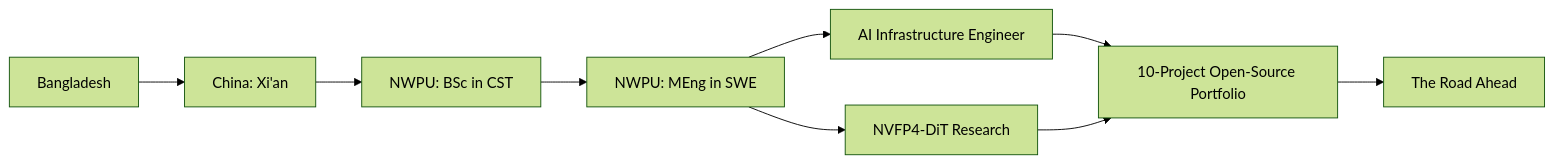
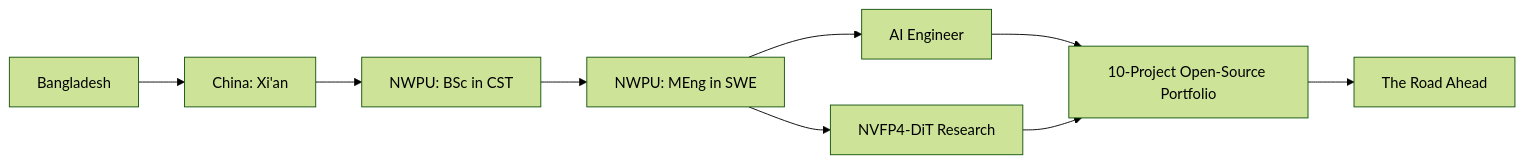
The diagram in README.md (theraihanrakibb/theraihanrakibb), drawn with Mermaid (forest theme) before and after one commit. The commit also changed other lines of this file, not shown here.

Commit message:
Rebrand AI Infrastructure Engineer -> AI Engineer

````diff
--- a/README.md
+++ b/README.md
@@ -50,11 +50,11 @@
 ```mermaid
 flowchart LR
     BD[Bangladesh] --> CN[China: Xi'an]
     CN --> BS[NWPU: BSc in CST]
     BS --> MS[NWPU: MEng in SWE]
-    MS --> AI[AI Infrastructure Engineer]
+    MS --> AI[AI Engineer]
     MS --> RS[NVFP4-DiT Research]
     AI --> PF[10-Project Open-Source Portfolio]
     RS --> PF
     PF --> FUT[The Road Ahead]
 ```
````
